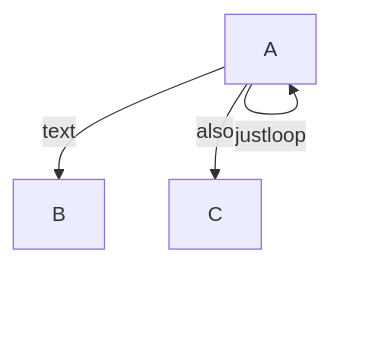
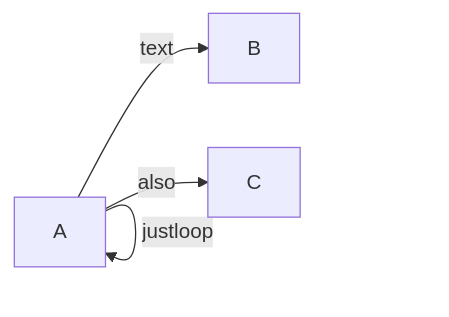
The diagram in q12.md (shaharyi/final_exam_2023), drawn with Mermaid before and after one commit.

````diff
--- a/q12.md
+++ b/q12.md
@@ -20,6 +20,6 @@
 ```mermaid
-graph TD;
+graph LR;
     A-- text -->B;
     A-- also -->C;
     A-- justloop -->A;
 ```
````
